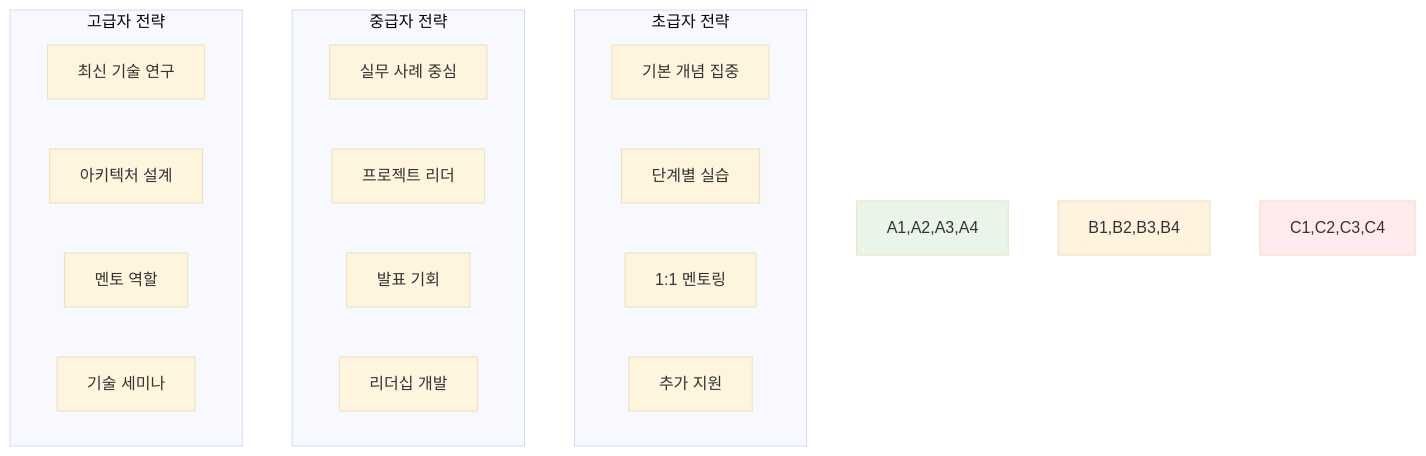
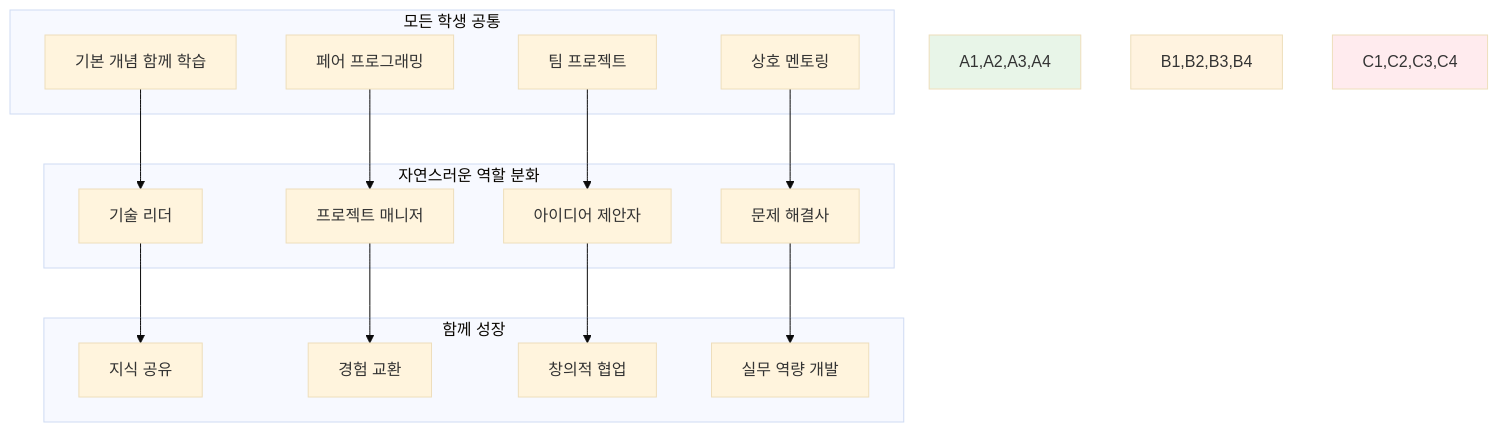
Before and after one commit to niceguy61/kdt_devops_lecture_2025: the first of 2 diagrams in README.md, drawn with Mermaid (base theme). The commit also changed other lines of this file, not shown here.

````diff
--- a/README.md
+++ b/README.md
@@ -38,27 +39,36 @@
 ```mermaid
 graph TB
-    subgraph "초급자 전략"
-        A1[기본 개념 집중]
-        A2[단계별 실습]
-        A3[1:1 멘토링]
-        A4[추가 지원]
+    subgraph "모든 학생 공통"
+        A1[기본 개념 함께 학습]
+        A2[페어 프로그래밍]
+        A3[팀 프로젝트]
+        A4[상호 멘토링]
     end
     
-    subgraph "중급자 전략"
-        B1[실무 사례 중심]
-        B2[프로젝트 리더]
-        B3[발표 기회]
-        B4[리더십 개발]
+    subgraph "자연스러운 역할 분화"
+        B1[기술 리더]
+        B2[프로젝트 매니저]
+        B3[아이디어 제안자]
+        B4[문제 해결사]
     end
     
-    subgraph "고급자 전략"
-        C1[최신 기술 연구]
-        C2[아키텍처 설계]
-        C3[멘토 역할]
-        C4[기술 세미나]
+    subgraph "함께 성장"
+        C1[지식 공유]
+        C2[경험 교환]
+        C3[창의적 협업]
+        C4[실무 역량 개발]
     end
+    
+    A1 --> B1
+    A2 --> B2
+    A3 --> B3
+    A4 --> B4
+    B1 --> C1
+    B2 --> C2
+    B3 --> C3
+    B4 --> C4
     
     style A1,A2,A3,A4 fill:#e8f5e8
     style B1,B2,B3,B4 fill:#fff3e0
     style C1,C2,C3,C4 fill:#ffebee
 ```
````
